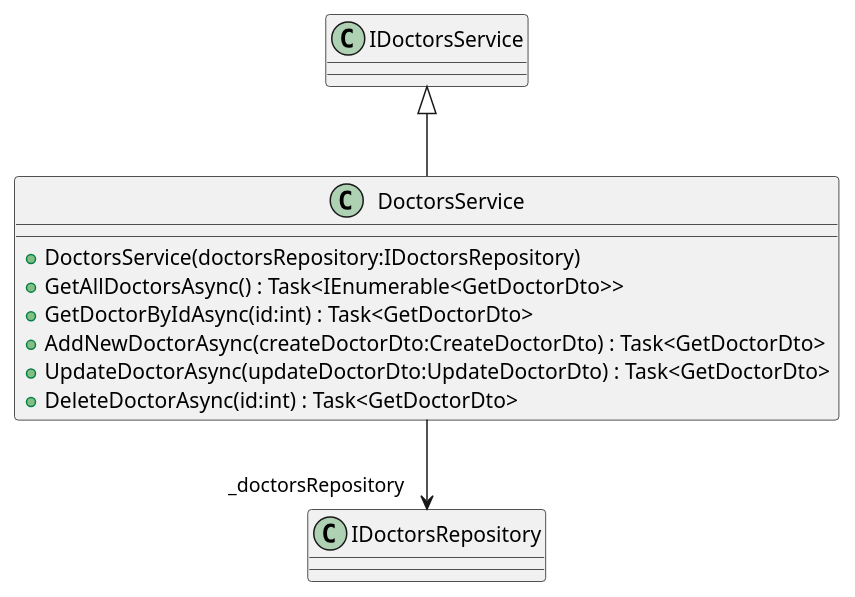
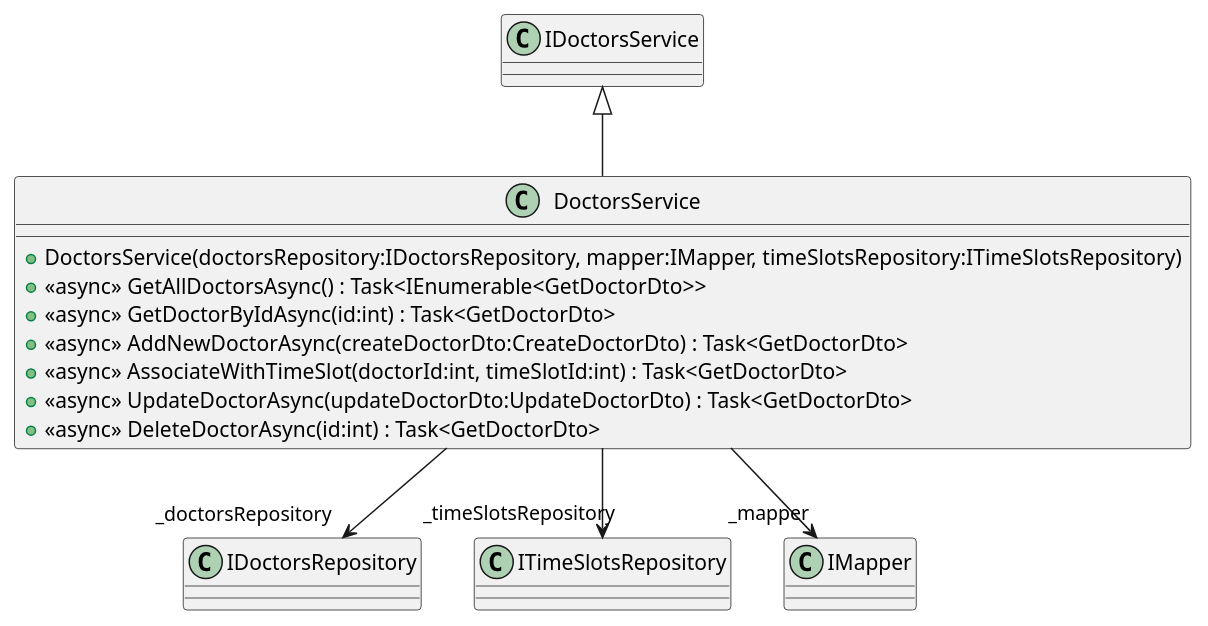
One commit to DenysMalanichev/HospitalRegistrar changed the diagram in UML/HospitalRegistrar.Application/Services/DoctorsService.puml. Above: the diagram before and after it, drawn with PlantUML. The commit also changed 49 other files, not shown here.

```diff
--- a/UML/HospitalRegistrar.Application/Services/DoctorsService.puml
+++ b/UML/HospitalRegistrar.Application/Services/DoctorsService.puml
@@ -1,12 +1,15 @@
 @startuml
 class DoctorsService {
-    + DoctorsService(doctorsRepository:IDoctorsRepository)
-    + GetAllDoctorsAsync() : Task<IEnumerable<GetDoctorDto>>
-    + GetDoctorByIdAsync(id:int) : Task<GetDoctorDto>
-    + AddNewDoctorAsync(createDoctorDto:CreateDoctorDto) : Task<GetDoctorDto>
-    + UpdateDoctorAsync(updateDoctorDto:UpdateDoctorDto) : Task<GetDoctorDto>
-    + DeleteDoctorAsync(id:int) : Task<GetDoctorDto>
+    + DoctorsService(doctorsRepository:IDoctorsRepository, mapper:IMapper, timeSlotsRepository:ITimeSlotsRepository)
+    + <<async>> GetAllDoctorsAsync() : Task<IEnumerable<GetDoctorDto>>
+    + <<async>> GetDoctorByIdAsync(id:int) : Task<GetDoctorDto>
+    + <<async>> AddNewDoctorAsync(createDoctorDto:CreateDoctorDto) : Task<GetDoctorDto>
+    + <<async>> AssociateWithTimeSlot(doctorId:int, timeSlotId:int) : Task<GetDoctorDto>
+    + <<async>> UpdateDoctorAsync(updateDoctorDto:UpdateDoctorDto) : Task<GetDoctorDto>
+    + <<async>> DeleteDoctorAsync(id:int) : Task<GetDoctorDto>
 }
 IDoctorsService <|-- DoctorsService
 DoctorsService --> "_doctorsRepository" IDoctorsRepository
+DoctorsService --> "_timeSlotsRepository" ITimeSlotsRepository
+DoctorsService --> "_mapper" IMapper
 @enduml
```
